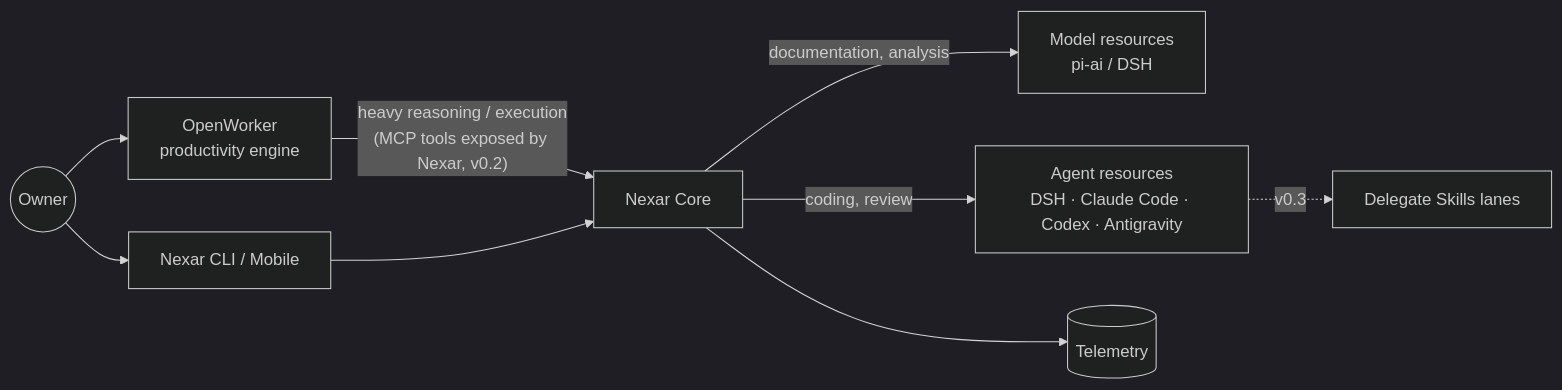
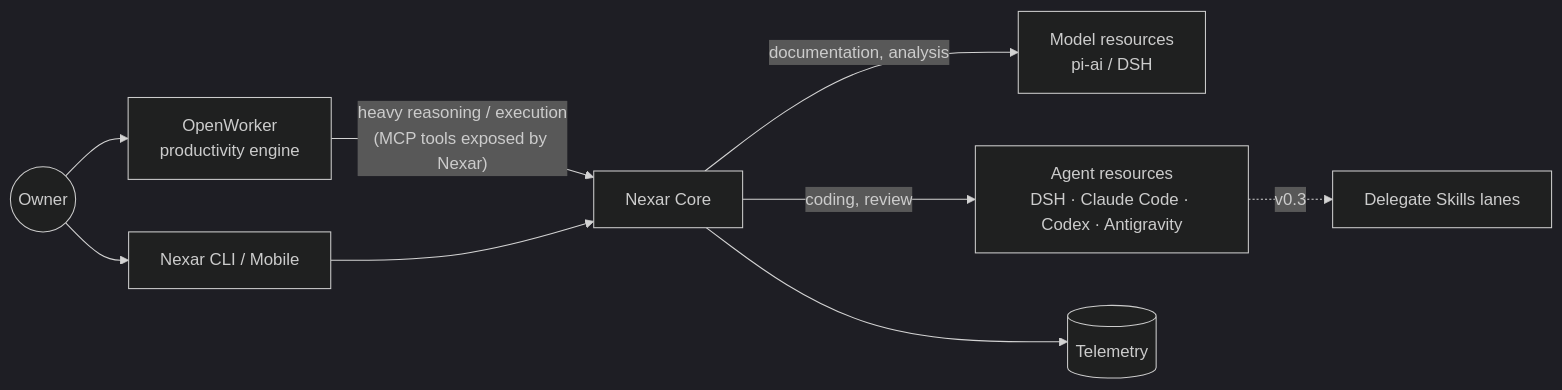
The fourth of 6 diagrams in docs/architecture/overview.md (mohmedhat797/Nexar-Ai), drawn with Mermaid (dark theme) before and after one commit. The commit also changed other lines of this file and 10 other files, not shown here.

````diff
--- a/docs/architecture/overview.md
+++ b/docs/architecture/overview.md
@@ -144,11 +207,11 @@
 ```mermaid
 flowchart LR
   U((Owner)) --> OW[OpenWorker<br/>productivity engine]
   U --> CLI[Nexar CLI / Mobile]
-  OW -- "heavy reasoning / execution<br/>(MCP tools exposed by Nexar, v0.2)" --> NX[Nexar Core]
+  OW -- "heavy reasoning / execution<br/>(MCP tools exposed by Nexar)" --> NX[Nexar Core]
   CLI --> NX
   NX -->|documentation, analysis| M[Model resources<br/>pi-ai / DSH]
   NX -->|coding, review| AG[Agent resources<br/>DSH · Claude Code · Codex · Antigravity]
   AG -.->|v0.3| DS[Delegate Skills lanes]
   NX --> TEL[(Telemetry)]
 ```
````
